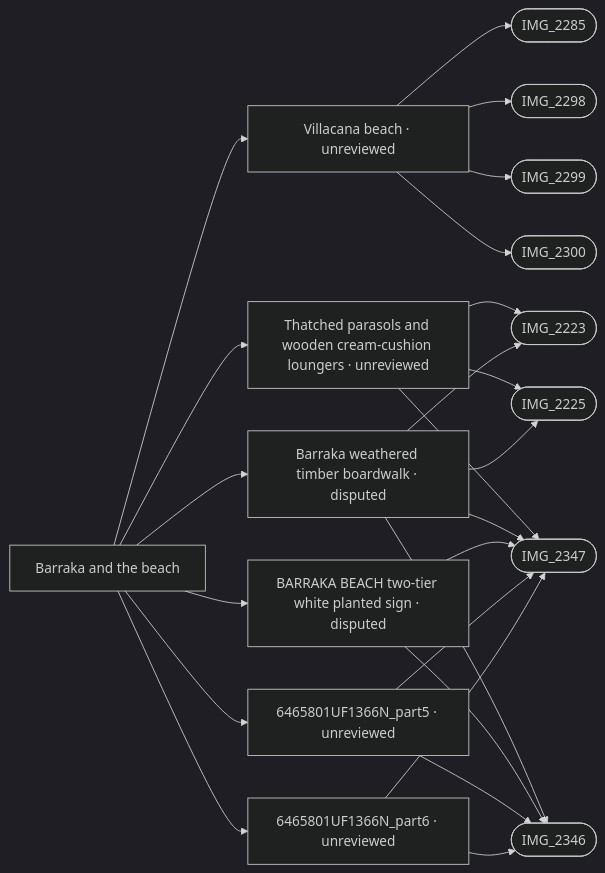
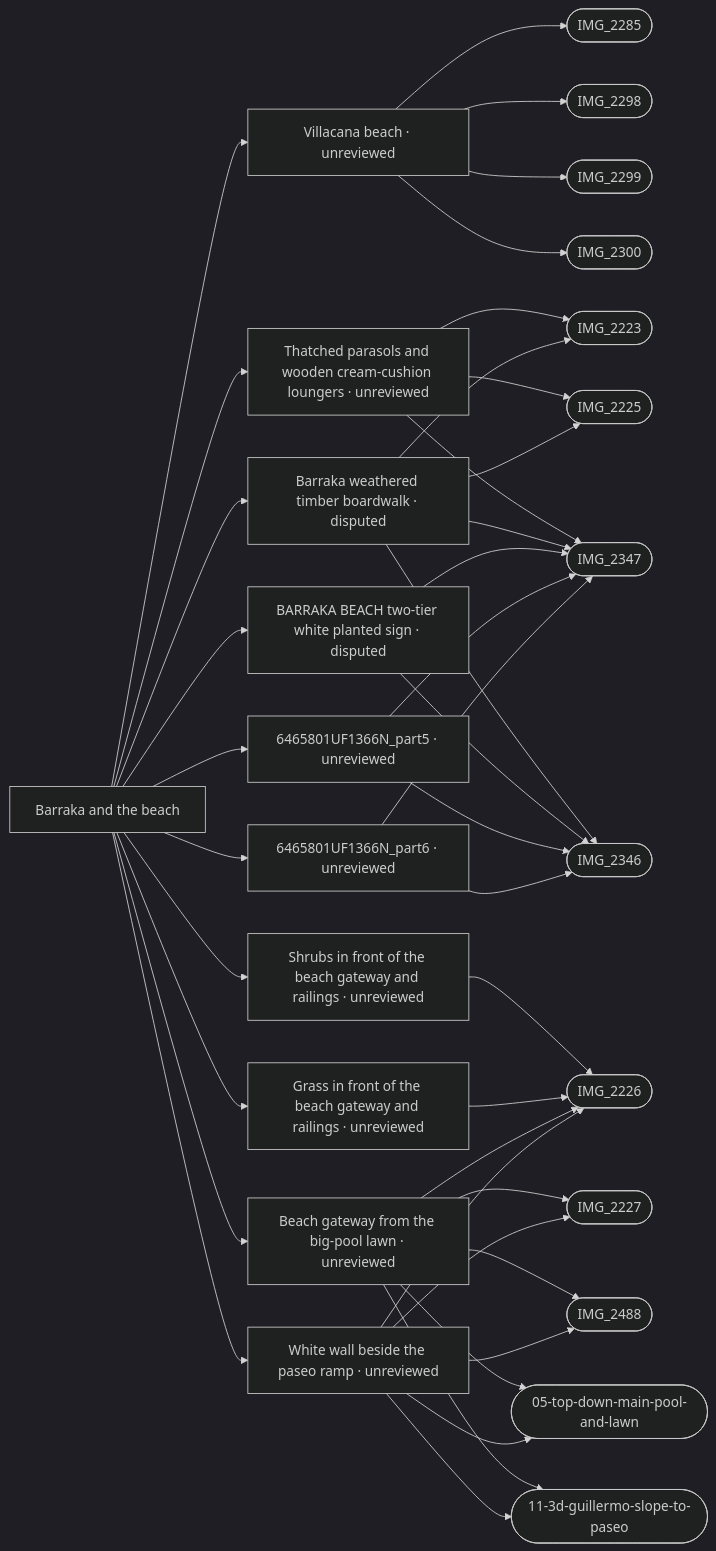
Before and after one commit to daveyboyc/villacana-venture: the diagram in refs/areas/barraka-beach.md, drawn with Mermaid (dark theme). The commit also changed other lines of this file and 55 other files, not shown here.

First line of the commit message:
Beach gateway beside the paseo ramp, survey paseo and Guillermo levels, grass in front of Barraka

````diff
--- a/refs/areas/barraka-beach.md
+++ b/refs/areas/barraka-beach.md
@@ -48,27 +49,43 @@
 ```mermaid
 graph LR
   A["Barraka and the beach"]
   A --> F0["Villacana beach · unreviewed"]
   F0 --> PIMG_2285_jpg(["IMG_2285"])
   F0 --> PIMG_2298_jpg(["IMG_2298"])
   F0 --> PIMG_2299_jpg(["IMG_2299"])
   F0 --> PIMG_2300_jpg(["IMG_2300"])
   A --> F1["Thatched parasols and wooden cream-cushion loungers · unreviewed"]
   F1 --> PIMG_2223_jpg(["IMG_2223"])
   F1 --> PIMG_2225_jpg(["IMG_2225"])
   F1 --> PIMG_2347_jpg(["IMG_2347"])
   A --> F2["Barraka weathered timber boardwalk · disputed"]
   F2 --> PIMG_2223_jpg(["IMG_2223"])
   F2 --> PIMG_2225_jpg(["IMG_2225"])
   F2 --> PIMG_2346_jpg(["IMG_2346"])
   F2 --> PIMG_2347_jpg(["IMG_2347"])
   A --> F3["BARRAKA BEACH two-tier white planted sign · disputed"]
   F3 --> PIMG_2346_jpg(["IMG_2346"])
   F3 --> PIMG_2347_jpg(["IMG_2347"])
-  A --> F4["6465801UF1366N_part5 · unreviewed"]
-  F4 --> PIMG_2346_jpg(["IMG_2346"])
-  F4 --> PIMG_2347_jpg(["IMG_2347"])
-  A --> F5["6465801UF1366N_part6 · unreviewed"]
-  F5 --> PIMG_2346_jpg(["IMG_2346"])
-  F5 --> PIMG_2347_jpg(["IMG_2347"])
+  A --> F4["Shrubs in front of the beach gateway and railings · unreviewed"]
+  F4 --> PIMG_2226_jpg(["IMG_2226"])
+  A --> F5["Grass in front of the beach gateway and railings · unreviewed"]
+  F5 --> PIMG_2226_jpg(["IMG_2226"])
+  A --> F6["6465801UF1366N_part5 · unreviewed"]
+  F6 --> PIMG_2346_jpg(["IMG_2346"])
+  F6 --> PIMG_2347_jpg(["IMG_2347"])
+  A --> F7["6465801UF1366N_part6 · unreviewed"]
+  F7 --> PIMG_2346_jpg(["IMG_2346"])
+  F7 --> PIMG_2347_jpg(["IMG_2347"])
+  A --> F8["Beach gateway from the big-pool lawn · unreviewed"]
+  F8 --> PIMG_2226_jpg(["IMG_2226"])
+  F8 --> PIMG_2227_jpg(["IMG_2227"])
+  F8 --> PIMG_2488_jpg(["IMG_2488"])
+  F8 --> Pref_apple_maps_05_top_down_main_pool_and_lawn_png(["05-top-down-main-pool-and-lawn"])
+  F8 --> Pref_apple_maps_11_3d_guillermo_slope_to_paseo_png(["11-3d-guillermo-slope-to-paseo"])
+  A --> F9["White wall beside the paseo ramp · unreviewed"]
+  F9 --> PIMG_2226_jpg(["IMG_2226"])
+  F9 --> PIMG_2227_jpg(["IMG_2227"])
+  F9 --> PIMG_2488_jpg(["IMG_2488"])
+  F9 --> Pref_apple_maps_05_top_down_main_pool_and_lawn_png(["05-top-down-main-pool-and-lawn"])
+  F9 --> Pref_apple_maps_11_3d_guillermo_slope_to_paseo_png(["11-3d-guillermo-slope-to-paseo"])
 ```
````
